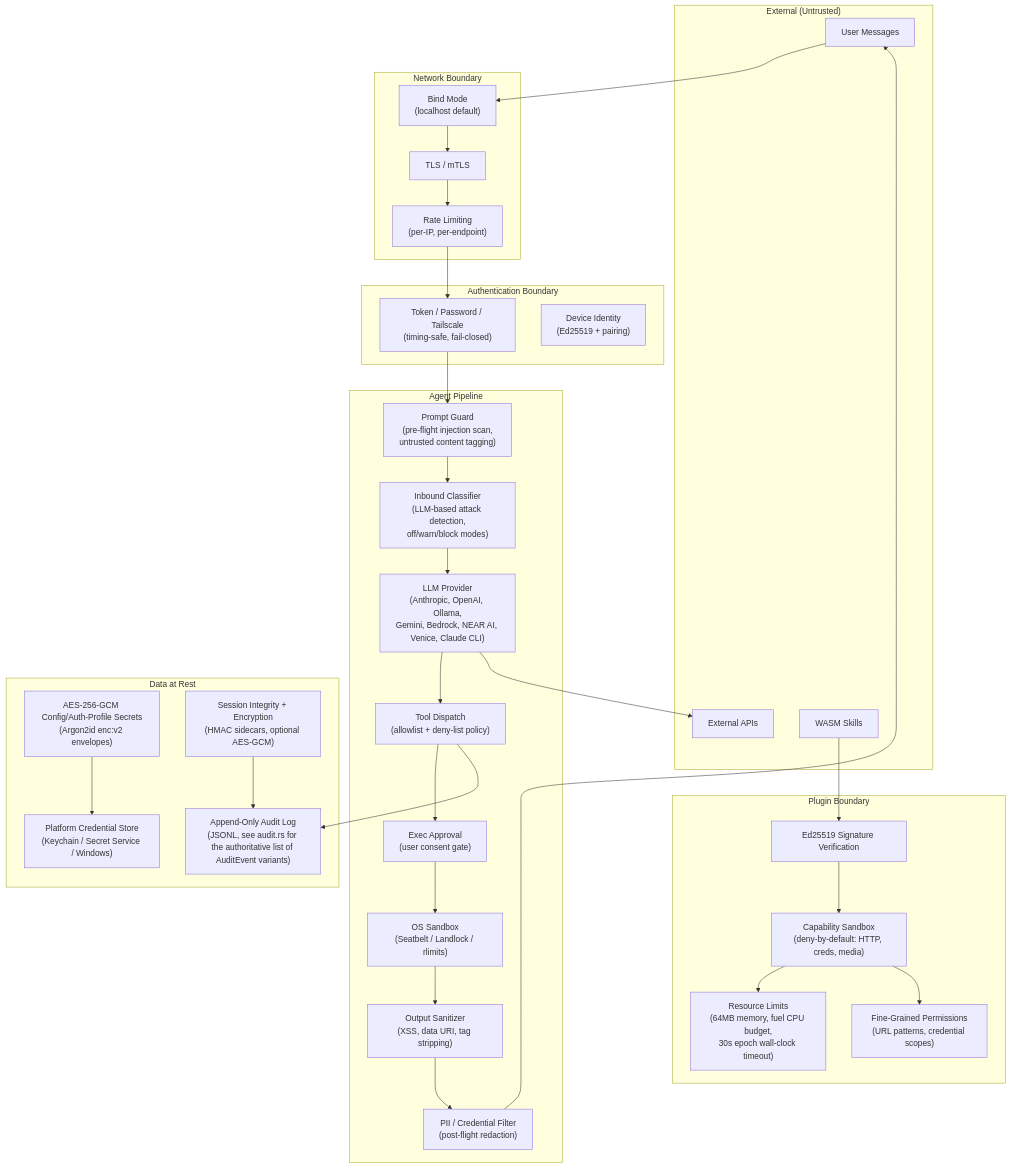
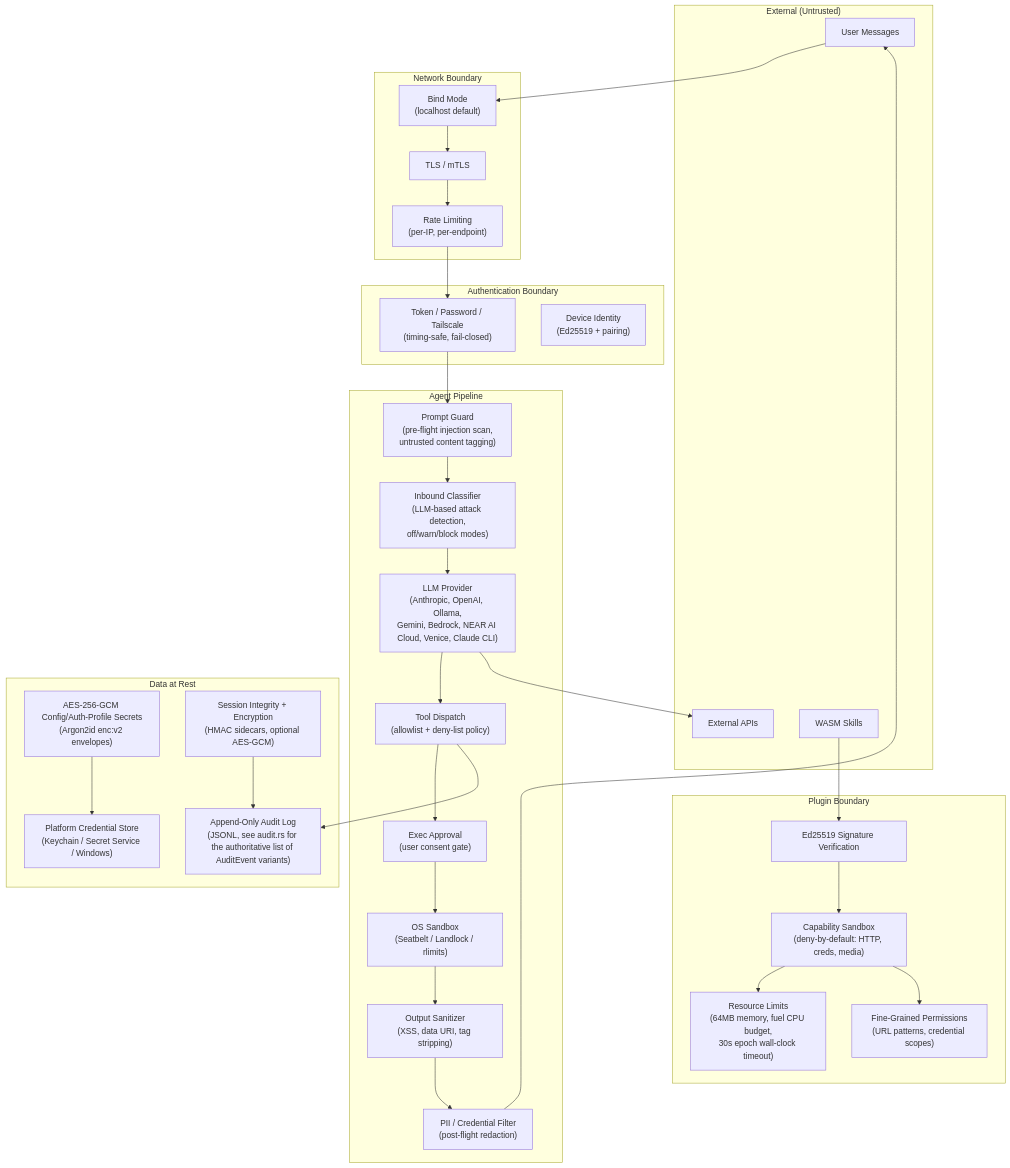
Before and after one commit to puremachinery/carapace: the diagram in docs/security.md, drawn with Mermaid. The commit also changed other lines of this file and 14 other files, not shown here.

Commit message:
fix: address near ai cloud review findings

````diff
--- a/docs/security.md
+++ b/docs/security.md
@@ -40,59 +40,59 @@
 ```mermaid
 graph TB
     subgraph "External (Untrusted)"
         User[User Messages]
         ExtAPI[External APIs]
         Skills[WASM Skills]
     end
 
     subgraph "Network Boundary"
         Bind["Bind Mode<br/>(localhost default)"]
         TLS["TLS / mTLS"]
         RateLimit["Rate Limiting<br/>(per-IP, per-endpoint)"]
     end
 
     subgraph "Authentication Boundary"
         Auth["Token / Password / Tailscale<br/>(timing-safe, fail-closed)"]
         DeviceAuth["Device Identity<br/>(Ed25519 + pairing)"]
     end
 
     subgraph "Agent Pipeline"
         PromptGuard["Prompt Guard<br/>(pre-flight injection scan,<br/>untrusted content tagging)"]
         Classifier["Inbound Classifier<br/>(LLM-based attack detection,<br/>off/warn/block modes)"]
-        LLM["LLM Provider<br/>(Anthropic, OpenAI, Ollama,<br/>Gemini, Bedrock, NEAR AI, Venice, Claude CLI)"]
+        LLM["LLM Provider<br/>(Anthropic, OpenAI, Ollama,<br/>Gemini, Bedrock, NEAR AI Cloud, Venice, Claude CLI)"]
         ToolDispatch["Tool Dispatch<br/>(allowlist + deny-list policy)"]
         ExecApproval["Exec Approval<br/>(user consent gate)"]
         Sandbox["OS Sandbox<br/>(Seatbelt / Landlock / rlimits)"]
         OutputCSP["Output Sanitizer<br/>(XSS, data URI, tag stripping)"]
         PIIFilter["PII / Credential Filter<br/>(post-flight redaction)"]
     end
 
     subgraph "Data at Rest"
         Secrets["AES-256-GCM Config/Auth-Profile Secrets<br/>(Argon2id enc:v2 envelopes)"]
         Sessions["Session Integrity + Encryption<br/>(HMAC sidecars, optional AES-GCM)"]
         Audit["Append-Only Audit Log<br/>(JSONL, see audit.rs for the authoritative list of AuditEvent variants)"]
         Keychain["Platform Credential Store<br/>(Keychain / Secret Service / Windows)"]
     end
 
     subgraph "Plugin Boundary"
         PluginSig["Ed25519 Signature Verification"]
         PluginCaps["Capability Sandbox<br/>(deny-by-default: HTTP, creds, media)"]
         PluginRes["Resource Limits<br/>(64MB memory, fuel CPU budget,<br/>30s epoch wall-clock timeout)"]
         PluginPerms["Fine-Grained Permissions<br/>(URL patterns, credential scopes)"]
     end
 
     User --> Bind --> TLS --> RateLimit --> Auth
     Auth --> PromptGuard --> Classifier --> LLM
     LLM --> ToolDispatch --> ExecApproval --> Sandbox
     Sandbox --> OutputCSP --> PIIFilter
     PIIFilter --> User
 
     LLM --> ExtAPI
     ToolDispatch --> Audit
 
     Skills --> PluginSig --> PluginCaps --> PluginRes
     PluginCaps --> PluginPerms
 
     Secrets --> Keychain
     Sessions --> Audit
 ```
````
